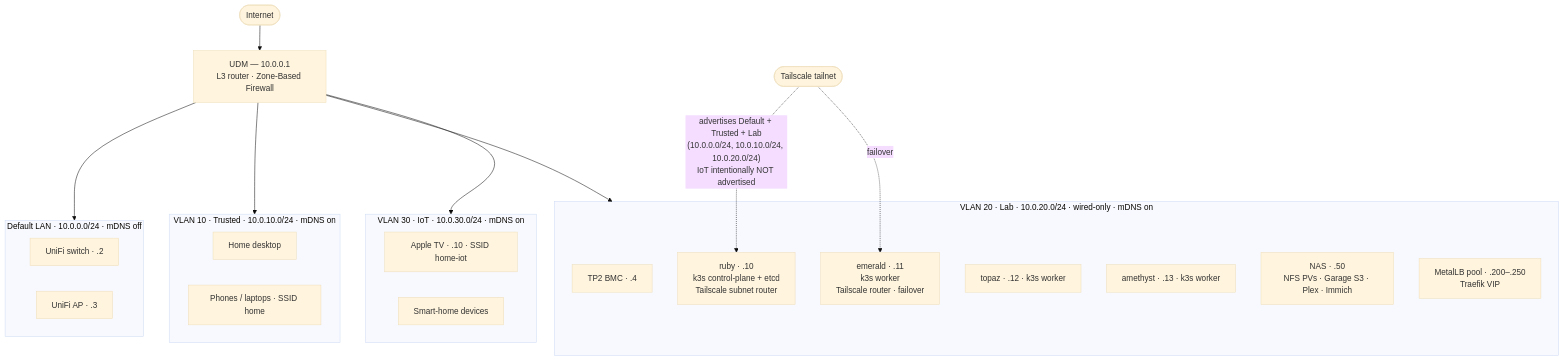
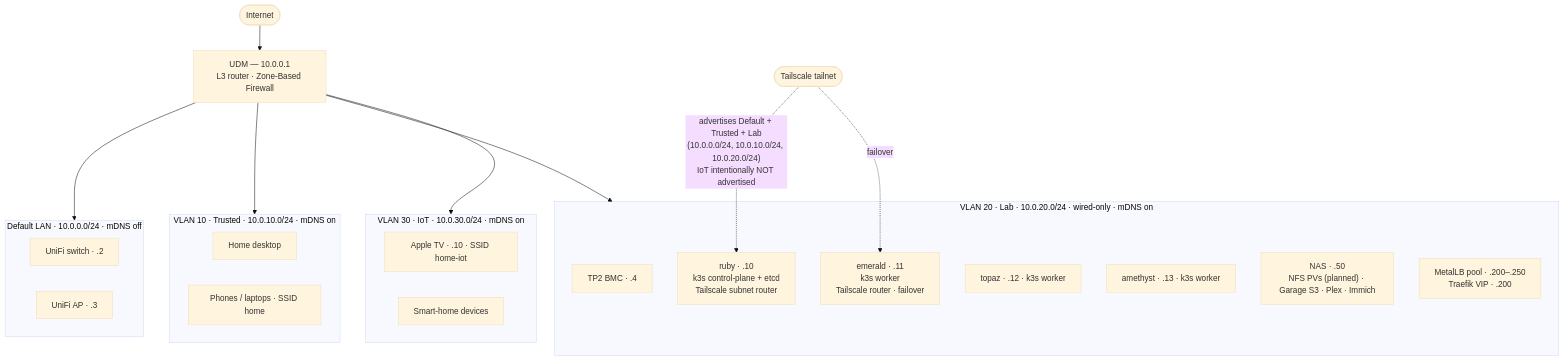
The diagram in docs/02-networking.md (alivenda/homelab-docs), drawn with Mermaid (base theme) before and after one commit. The commit also changed other lines of this file, not shown here.

Commit message:
docs(networking): reconcile topology diagram with live cluster
Verified against the running cluster via kubectl: MetalLB lab-pool and
the Traefik LoadBalancer VIP (10.0.20.200) are live, but no
PersistentVolumes or StorageClasses exist yet. Mark NFS PVs as planned
in the diagram and the NAS-placement note, pin the Traefik VIP, and drop
the Velero->Garage example from the NFS list (Velero targets Garage S3,
not NFS).

````diff
--- a/docs/02-networking.md
+++ b/docs/02-networking.md
@@ -69,37 +69,37 @@
 ```mermaid
 flowchart TB
     INET([Internet]) --> UDM["UDM — 10.0.0.1<br/>L3 router · Zone-Based Firewall"]
 
     subgraph DEFAULT["Default LAN · 10.0.0.0/24 · mDNS off"]
         SW["UniFi switch · .2"]
         AP["UniFi AP · .3"]
     end
 
     subgraph TRUSTED["VLAN 10 · Trusted · 10.0.10.0/24 · mDNS on"]
         DESK["Home desktop"]
         PHONES["Phones / laptops · SSID home"]
     end
 
     subgraph LAB["VLAN 20 · Lab · 10.0.20.0/24 · wired-only · mDNS on"]
         BMC["TP2 BMC · .4"]
         RUBY["ruby · .10<br/>k3s control-plane + etcd<br/>Tailscale subnet router"]
         EMERALD["emerald · .11<br/>k3s worker<br/>Tailscale router · failover"]
         TOPAZ["topaz · .12 · k3s worker"]
         AMETHYST["amethyst · .13 · k3s worker"]
-        NAS["NAS · .50<br/>NFS PVs · Garage S3 · Plex · Immich"]
-        METALLB["MetalLB pool · .200–.250<br/>Traefik VIP"]
+        NAS["NAS · .50<br/>NFS PVs (planned) · Garage S3 · Plex · Immich"]
+        METALLB["MetalLB pool · .200–.250<br/>Traefik VIP · .200"]
     end
 
     subgraph IOT["VLAN 30 · IoT · 10.0.30.0/24 · mDNS on"]
         ATV["Apple TV · .10 · SSID home-iot"]
         SMART["Smart-home devices"]
     end
 
     UDM --> DEFAULT
     UDM --> TRUSTED
     UDM --> LAB
     UDM --> IOT
 
     TAILNET([Tailscale tailnet]) -.->|"advertises Default + Trusted + Lab<br/>(10.0.0.0/24, 10.0.10.0/24, 10.0.20.0/24)<br/>IoT intentionally NOT advertised"| RUBY
     TAILNET -.->|failover| EMERALD
 ```
````
